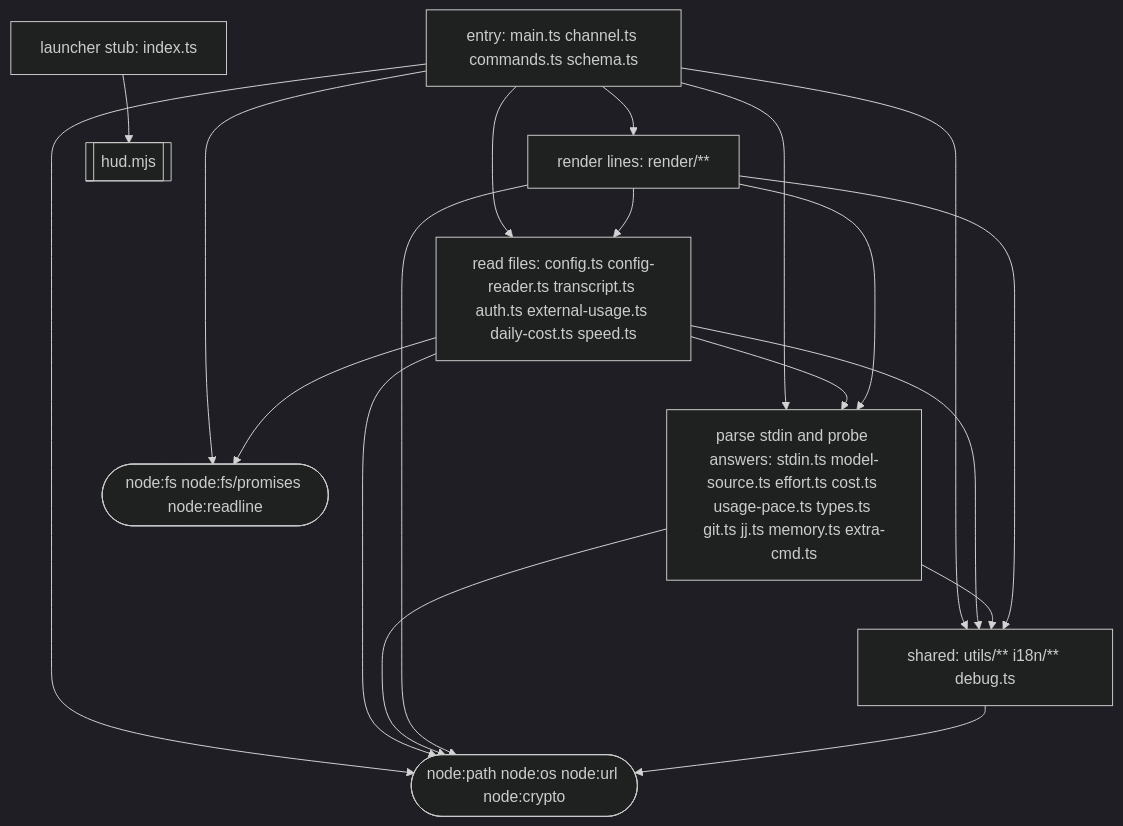
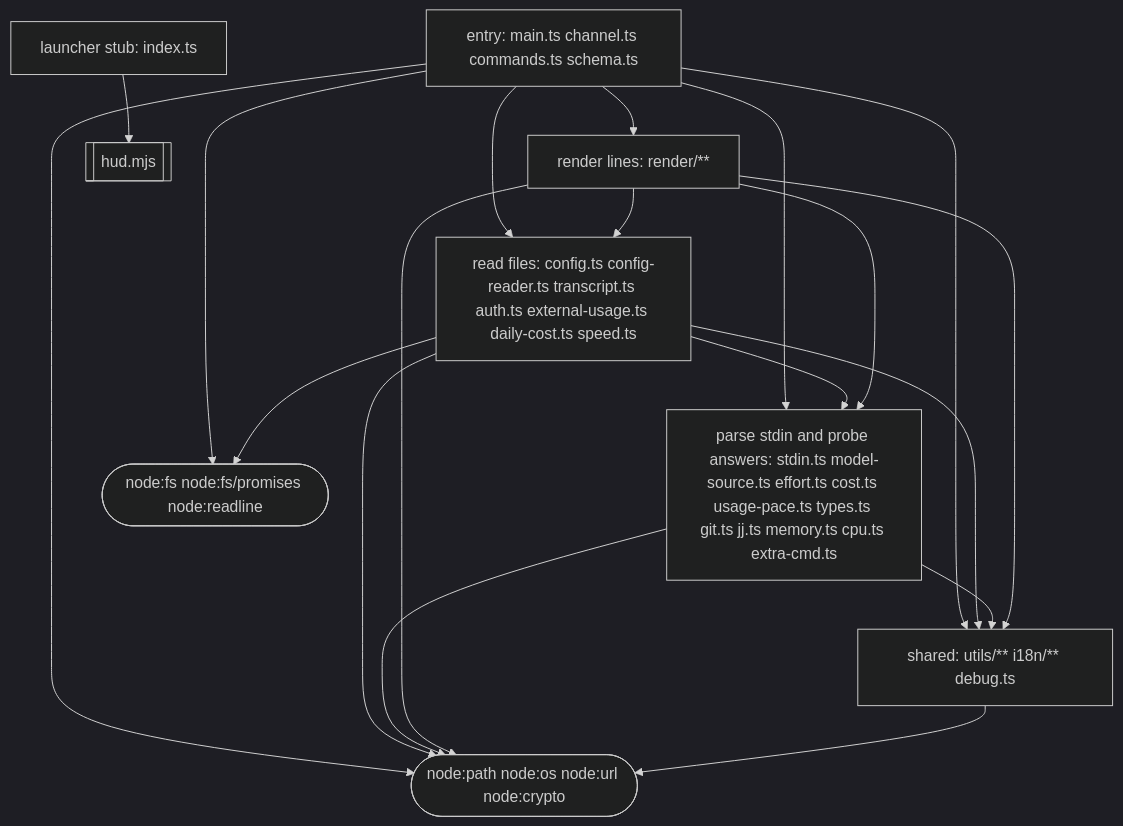
The diagram in ARCHITECTURE.md (jarrodwatts/claude-hud), drawn with Mermaid (dark theme) before and after one commit. The commit also changed 14 other files, not shown here.

First line of the commit message:
feat: add CPU usage to expanded HUD layout

````diff
--- a/ARCHITECTURE.md
+++ b/ARCHITECTURE.md
@@ -63,20 +63,20 @@
 ```mermaid
 flowchart TD
   stub["launcher stub: index.ts"]
   entry["entry: main.ts channel.ts commands.ts schema.ts"]
   read["read files: config.ts config-reader.ts transcript.ts auth.ts external-usage.ts daily-cost.ts speed.ts"]
-  parse["parse stdin and probe answers: stdin.ts model-source.ts effort.ts cost.ts usage-pace.ts types.ts git.ts jj.ts memory.ts extra-cmd.ts"]
+  parse["parse stdin and probe answers: stdin.ts model-source.ts effort.ts cost.ts usage-pace.ts types.ts git.ts jj.ts memory.ts cpu.ts extra-cmd.ts"]
   render["render lines: render/**"]
   shared["shared: utils/** i18n/** debug.ts"]
 
   hud[["hud.mjs"]]
   fsio(["node:fs node:fs/promises node:readline"])
   host(["node:path node:os node:url node:crypto"])
 
   stub --> hud
   entry --> read & parse & render & shared & fsio & host
   read --> parse & shared & fsio & host
   parse --> shared & host
   render --> read & parse & shared & host
   shared --> host
 ```
````
